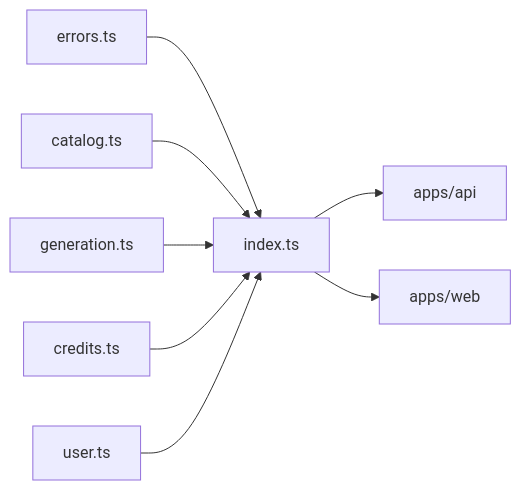
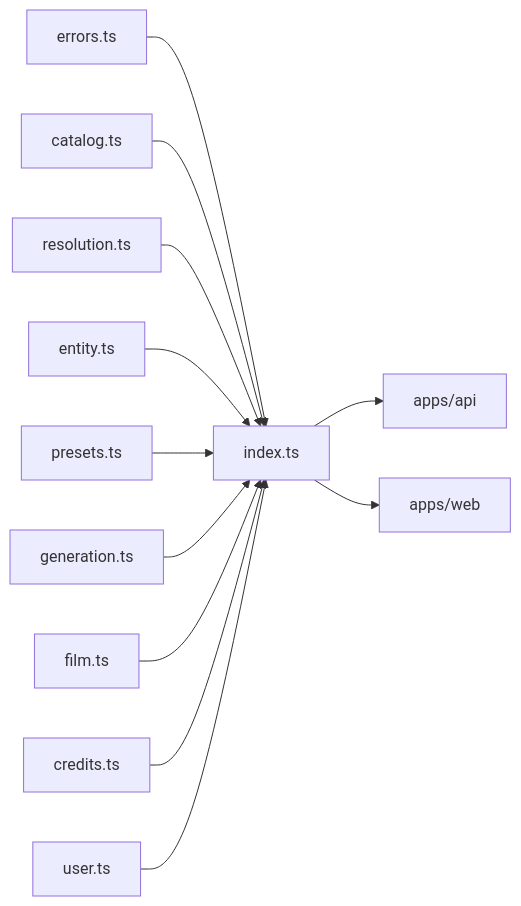
Before and after one commit to AzamatRaimbekov2/openCreate: the diagram in packages/contracts/src/index.ts.md, drawn with Mermaid. The commit also changed other lines of this file and 193 other files, not shown here.

````diff
--- a/packages/contracts/src/index.ts.md
+++ b/packages/contracts/src/index.ts.md
@@ -19,10 +19,14 @@
 ```mermaid
 flowchart LR
   E[errors.ts] --> IDX[index.ts]
   C[catalog.ts] --> IDX
+  R[resolution.ts] --> IDX
+  EN[entity.ts] --> IDX
+  P[presets.ts] --> IDX
   G[generation.ts] --> IDX
+  F[film.ts] --> IDX
   CR[credits.ts] --> IDX
   U[user.ts] --> IDX
   IDX --> API[apps/api]
   IDX --> WEB[apps/web]
 ```
````
